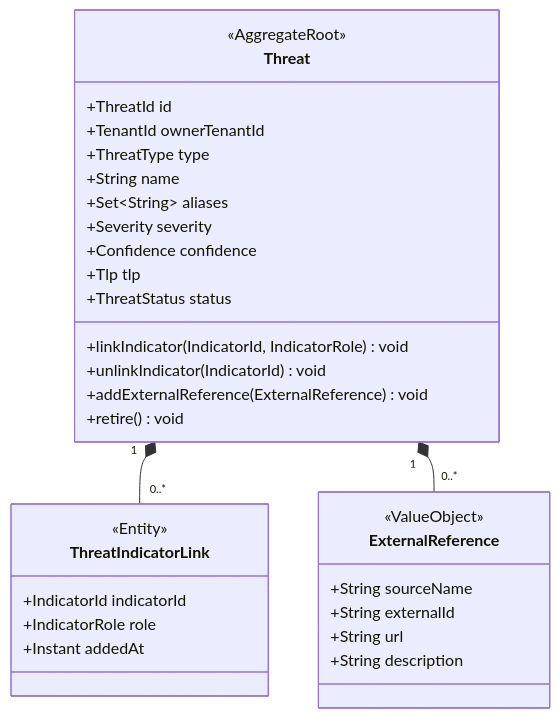
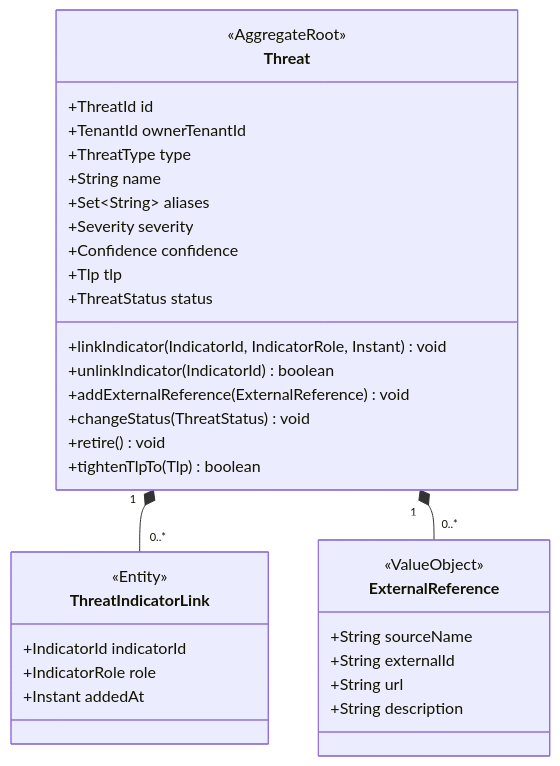
Before and after one commit to YSShih/CTIP: the eighth of 17 diagrams in docs/spec/03-diagrams.md, drawn with Mermaid. The commit also changed other lines of this file and 121 other files, not shown here.

````diff
--- a/docs/spec/03-diagrams.md
+++ b/docs/spec/03-diagrams.md
@@ -355,34 +355,36 @@
 ```mermaid
 classDiagram
     class Threat {
         <<AggregateRoot>>
         +ThreatId id
         +TenantId ownerTenantId
         +ThreatType type
         +String name
         +Set~String~ aliases
         +Severity severity
         +Confidence confidence
         +Tlp tlp
         +ThreatStatus status
-        +linkIndicator(IndicatorId, IndicatorRole) void
-        +unlinkIndicator(IndicatorId) void
+        +linkIndicator(IndicatorId, IndicatorRole, Instant) void
+        +unlinkIndicator(IndicatorId) boolean
         +addExternalReference(ExternalReference) void
+        +changeStatus(ThreatStatus) void
         +retire() void
+        +tightenTlpTo(Tlp) boolean
     }
     class ThreatIndicatorLink {
         <<Entity>>
         +IndicatorId indicatorId
         +IndicatorRole role
         +Instant addedAt
     }
     class ExternalReference {
         <<ValueObject>>
         +String sourceName
         +String externalId
         +String url
         +String description
     }
     Threat "1" *-- "0..*" ThreatIndicatorLink
     Threat "1" *-- "0..*" ExternalReference
 ```
````
